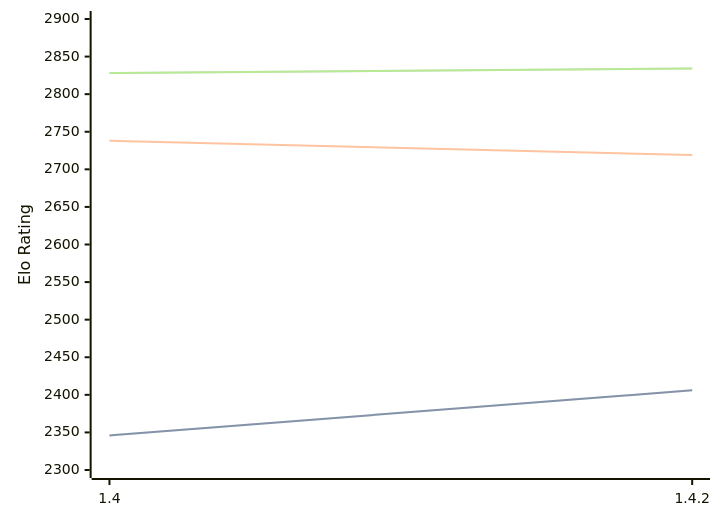
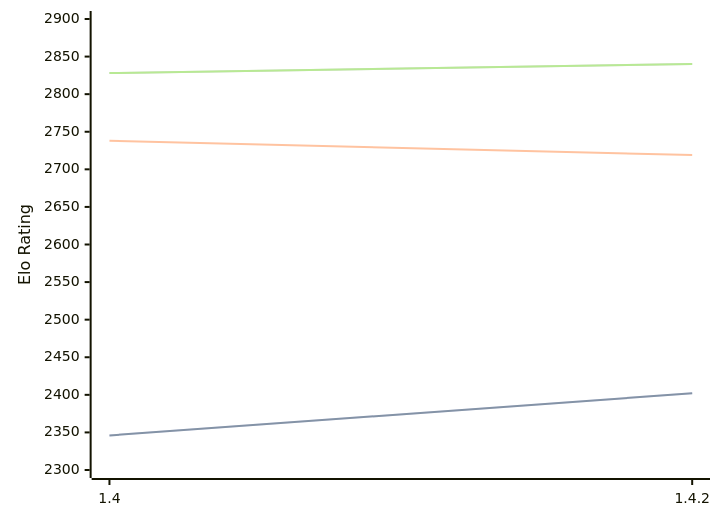
One commit to computer-chess-index/cci changed the diagram in engines/Spike.md. Above: the diagram before and after it, drawn with Mermaid. The commit also changed other lines of this file, not shown here.

Commit message:
Update CCI Ratings (ELO VLTC) - 2026-10-07

````diff
--- a/engines/Spike.md
+++ b/engines/Spike.md
@@ -32,11 +32,11 @@
 ```mermaid
 %%{init: {"theme":"base","themeVariables":{"seriesColors:['#a3a3a3','#222221','#faa371']}}}%%
 xychart-beta
   x-axis ["1.4", "1.4.2"]
   y-axis "Elo Rating" 2300 --> 2900
-  line "" [2346, 2406]
-  line "STC (8.0+0.08s)" [2346, 2406]
+  line "" [2346, 2402]
+  line "STC (8.0+0.08s)" [2346, 2402]
   line "LTC (60.0+0.60s)" [2738, 2719]
-  line "" [2828, 2834]
-  line "VLTC (2m24s+1.12s)" [2828, 2834]
+  line "" [2828, 2840]
+  line "VLTC (2m24s+1.12s)" [2828, 2840]
 ```
````
